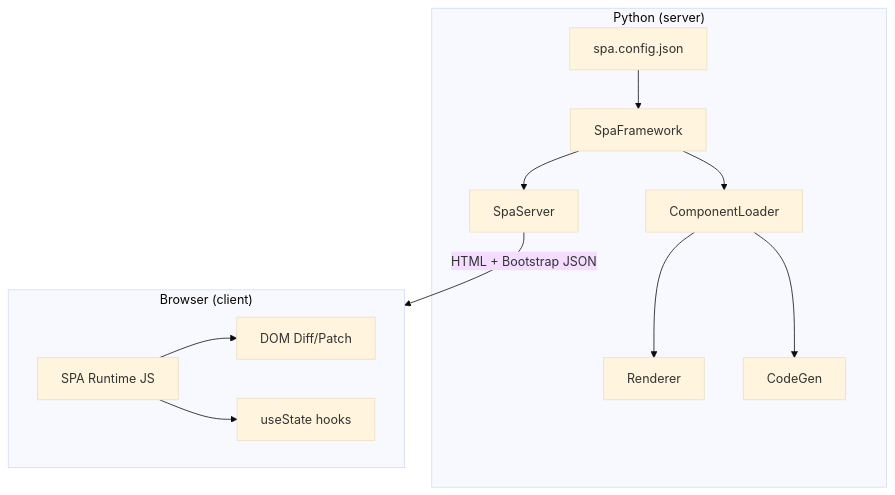
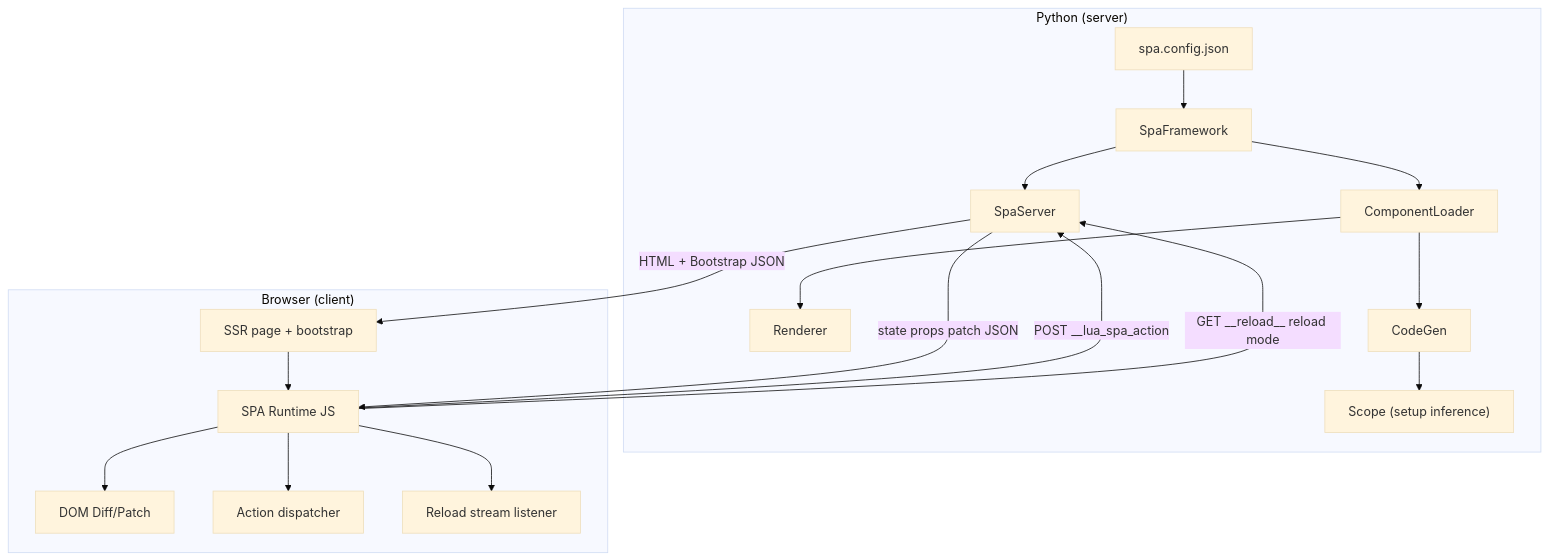
Before and after one commit to roderiano/lua-spa: the first of 3 diagrams in docs/docs/advanced/architecture.md, drawn with Mermaid (base theme). The commit also changed other lines of this file and 16 other files, not shown here.

Commit message:
docs(architecture): update diagrams for __lua_spa_action and __reload__

````diff
--- a/docs/docs/advanced/architecture.md
+++ b/docs/docs/advanced/architecture.md
@@ -12,26 +12,35 @@
 ```mermaid
-graph TB
+flowchart TB
     subgraph Python ["Python (server)"]
         config["spa.config.json"]
         loader["ComponentLoader"]
         renderer["Renderer"]
         codegen["CodeGen"]
+        scope["Scope (setup inference)"]
         fw["SpaFramework"]
         server["SpaServer"]
     end
 
     subgraph Browser ["Browser (client)"]
+        boot["SSR page + bootstrap"]
         rt["SPA Runtime JS"]
         dom["DOM Diff/Patch"]
-        hooks["useState hooks"]
+        actions["Action dispatcher"]
+        sse["Reload stream listener"]
     end
 
     config --> fw
     fw --> loader
     loader --> renderer
     loader --> codegen
+    codegen --> scope
     fw --> server
-    server -->|HTML + Bootstrap JSON| Browser
+    server -->|HTML + Bootstrap JSON| boot
+    boot --> rt
+    rt -->|POST __lua_spa_action| server
+    server -->|state props patch JSON| rt
+    rt -->|GET __reload__ reload mode| server
     rt --> dom
-    rt --> hooks
+    rt --> actions
+    rt --> sse
 ```
````
